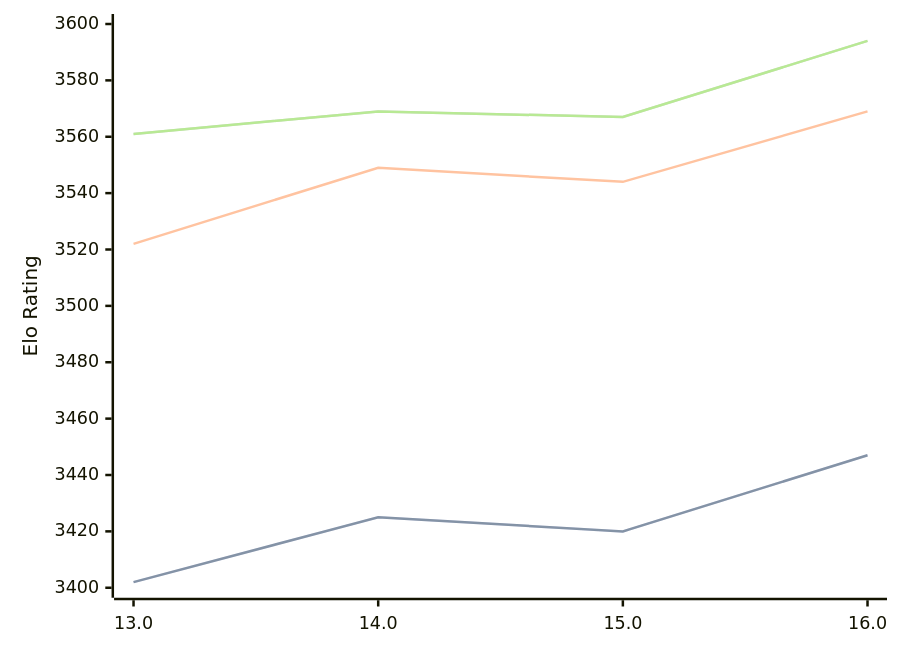
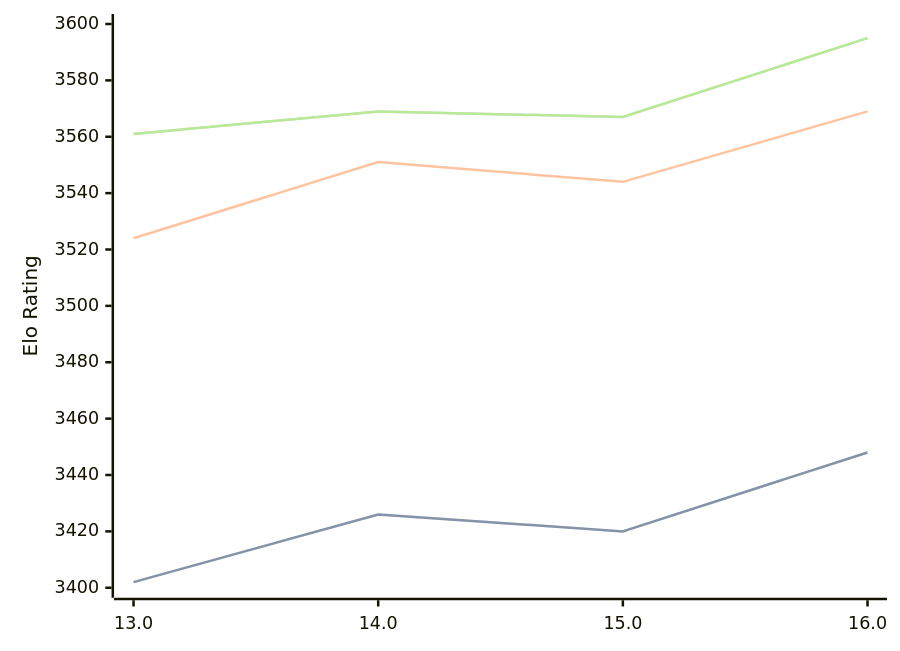
Before and after one commit to computer-chess-index/cci: the diagram in engines/Obsidian.md, drawn with Mermaid. The commit also changed other lines of this file, not shown here.

Commit message:
Update CCI Ratings (ELO VLTC) - 2026-10-07

````diff
--- a/engines/Obsidian.md
+++ b/engines/Obsidian.md
@@ -34,11 +34,11 @@
 ```mermaid
 %%{init: {"theme":"base","themeVariables":{"seriesColors:['#a3a3a3','#222221','#faa371']}}}%%
 xychart-beta
   x-axis ["13.0", "14.0", "15.0", "16.0"]
   y-axis "Elo Rating" 3400 --> 3600
-  line "" [3402, 3425, 3420, 3447]
-  line "STC (8.0+0.08s)" [3402, 3425, 3420, 3447]
-  line "LTC (60.0+0.60s)" [3522, 3549, 3544, 3569]
-  line "" [3561, 3569, 3567, 3594]
-  line "VLTC (2m24s+1.12s)" [3561, 3569, 3567, 3594]
+  line "" [3402, 3426, 3420, 3448]
+  line "STC (8.0+0.08s)" [3402, 3426, 3420, 3448]
+  line "LTC (60.0+0.60s)" [3524, 3551, 3544, 3569]
+  line "" [3561, 3569, 3567, 3595]
+  line "VLTC (2m24s+1.12s)" [3561, 3569, 3567, 3595]
 ```
````
